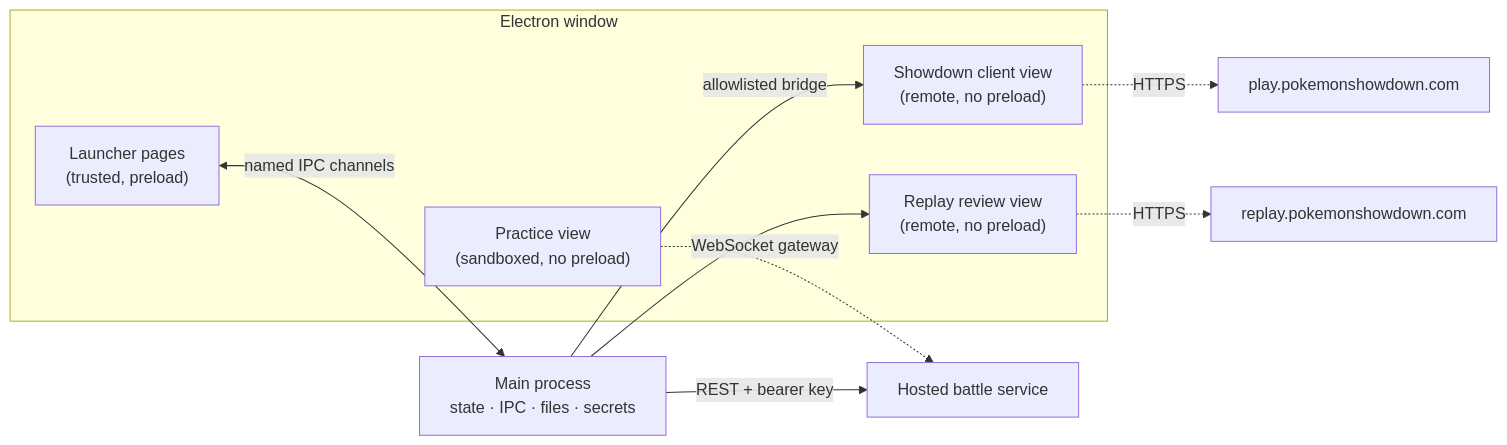
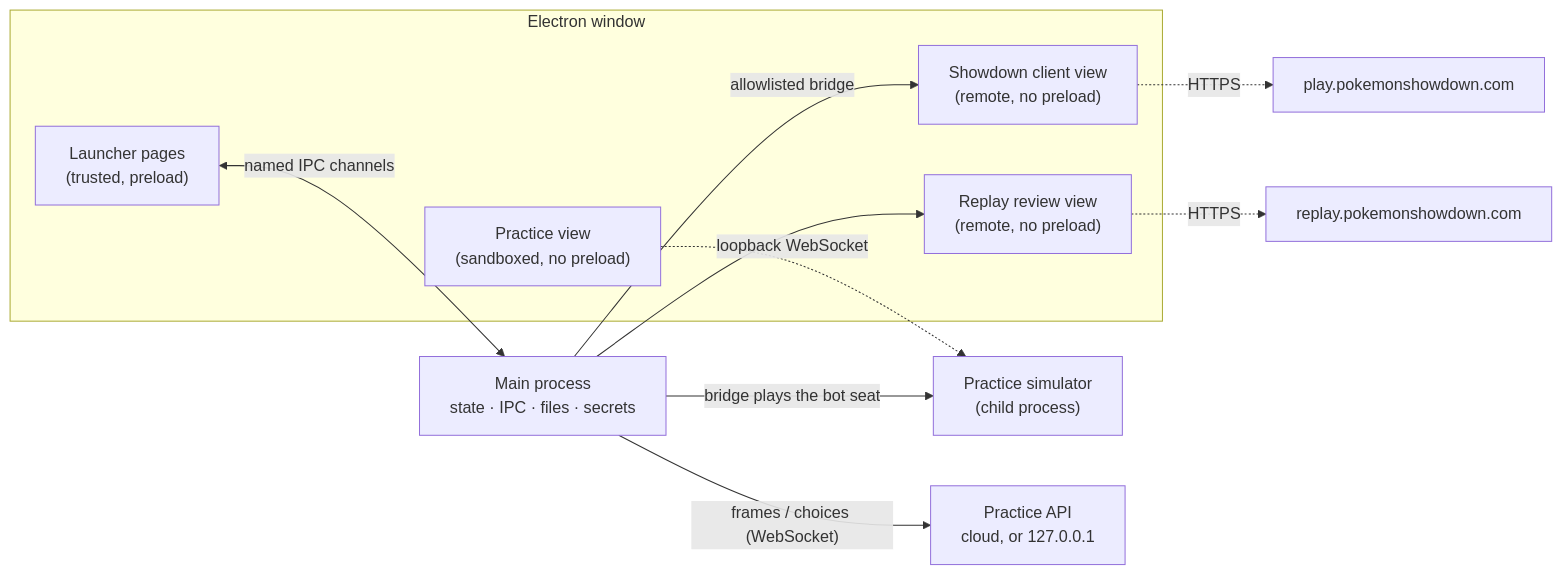
The diagram in docs/design.md (influxtion/Pokemon-Showdown-Evolved), drawn with Mermaid before and after one commit. The commit also changed other lines of this file and 2 other files, not shown here.

First line of the commit message:
Document the practice API in the design and bots docs

````diff
--- a/docs/design.md
+++ b/docs/design.md
@@ -101,17 +103,18 @@
 ```mermaid
 flowchart LR
   subgraph Window["Electron window"]
     L["Launcher pages<br/>(trusted, preload)"]
     S["Showdown client view<br/>(remote, no preload)"]
     R["Replay review view<br/>(remote, no preload)"]
     P["Practice view<br/>(sandboxed, no preload)"]
   end
   M["Main process<br/>state · IPC · files · secrets"]
   L <-- "named IPC channels" --> M
   M -- "allowlisted bridge" --> S
   M --> R
-  M -- "REST + bearer key" --> HS["Hosted battle service"]
-  P -. "WebSocket gateway" .-> HS
+  P -. "loopback WebSocket" .-> SIM["Practice simulator<br/>(child process)"]
+  M -- "bridge plays the bot seat" --> SIM
+  M -- "frames / choices (WebSocket)" --> API["Practice API<br/>cloud, or 127.0.0.1"]
   S -. "HTTPS" .-> PS["play.pokemonshowdown.com"]
   R -. "HTTPS" .-> RS["replay.pokemonshowdown.com"]
 ```
````
